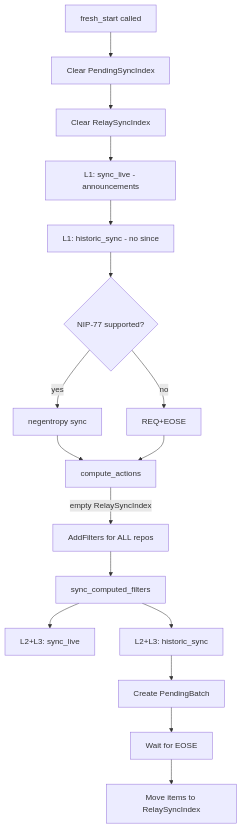
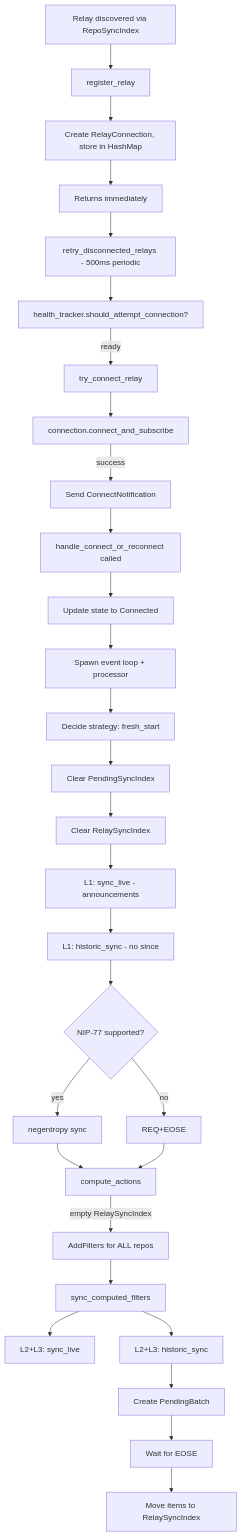
Before and after one commit to Pleb5/ngit-grasp: the fourth of 10 diagrams in docs/explanation/grasp-02-proactive-sync.md, drawn with Mermaid. The commit also changed other lines of this file and 3 other files, not shown here.

Commit message:
sync: new connection logic

````diff
--- a/docs/explanation/grasp-02-proactive-sync.md
+++ b/docs/explanation/grasp-02-proactive-sync.md
@@ -213,19 +258,31 @@
 ```mermaid
 flowchart TB
-    START[fresh_start called] --> CLEAR_PSI[Clear PendingSyncIndex]
+    DISC[Relay discovered via RepoSyncIndex] --> REG[register_relay]
+    REG --> CREATE[Create RelayConnection, store in HashMap]
+    CREATE --> RET[Returns immediately]
+    RET --> LOOP[retry_disconnected_relays - 500ms periodic]
+    LOOP --> CHECK[health_tracker.should_attempt_connection?]
+    CHECK --> |ready| TRY[try_connect_relay]
+    TRY --> CONN[connection.connect_and_subscribe]
+    CONN --> |success| NOTIFY[Send ConnectNotification]
+    NOTIFY --> HANDLE[handle_connect_or_reconnect called]
+    HANDLE --> UPD[Update state to Connected]
+    UPD --> SPAWN[Spawn event loop + processor]
+    SPAWN --> STRAT[Decide strategy: fresh_start]
+    STRAT --> CLEAR_PSI[Clear PendingSyncIndex]
     CLEAR_PSI --> CLEAR_RSI[Clear RelaySyncIndex]
     CLEAR_RSI --> L1_LIVE[L1: sync_live - announcements]
     L1_LIVE --> L1_HIST[L1: historic_sync - no since]
     L1_HIST --> NEG{NIP-77 supported?}
     NEG --> |yes| NEGENTROPY[negentropy sync]
     NEG --> |no| REQ[REQ+EOSE]
     NEGENTROPY --> CA[compute_actions]
     REQ --> CA
     CA --> |empty RelaySyncIndex| AF[AddFilters for ALL repos]
     AF --> SFRE[sync_computed_filters]
     SFRE --> L23_LIVE[L2+L3: sync_live]
     SFRE --> L23_HIST[L2+L3: historic_sync]
     L23_HIST --> PB[Create PendingBatch]
     PB --> EOSE[Wait for EOSE]
     EOSE --> CONFIRM[Move items to RelaySyncIndex]
 ```
````
